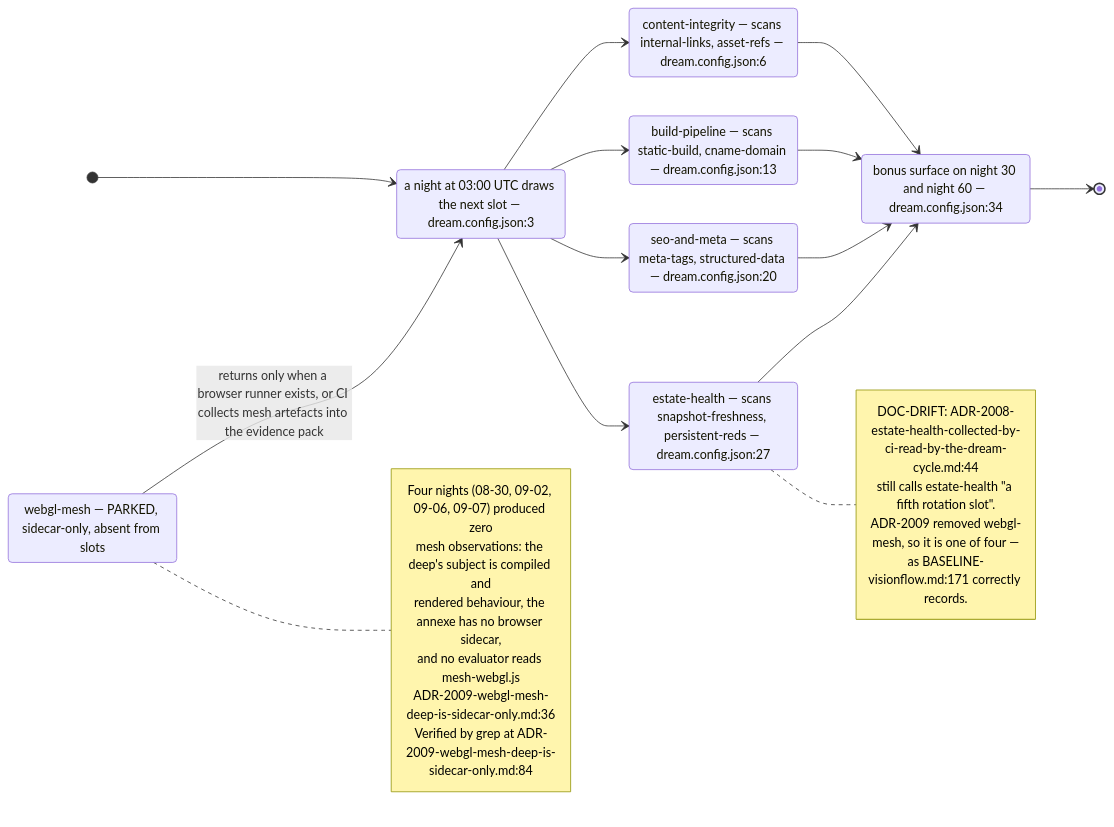
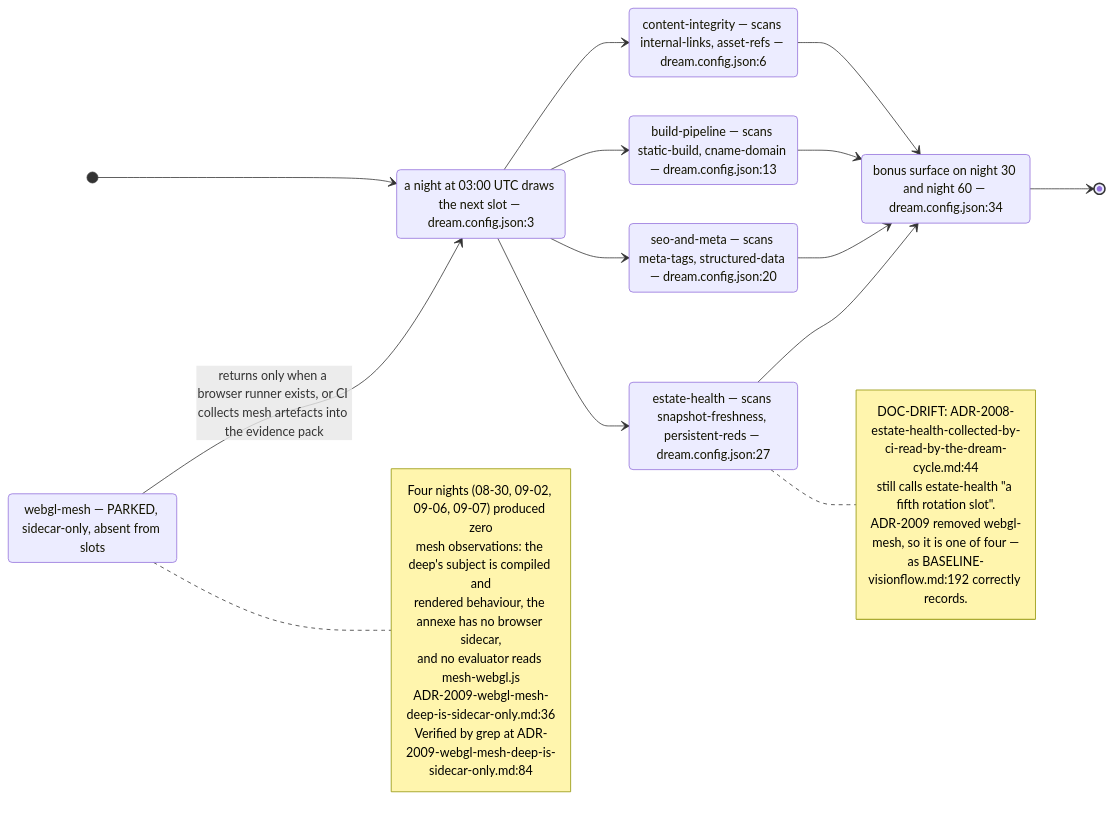
One commit to DreamLab-AI/VisionFlow changed the second of 9 diagrams in docs/diagrams/visionflow/04-dream-cycle-integration.md. Above: the diagram before and after it, drawn with Mermaid. The commit also changed other lines of this file and 80 other files, not shown here.

First line of the commit message:
docs(diagrams): re-verify the agentbox, dreamlab, estate and visionflow corpus against current sources

````diff
--- a/docs/diagrams/visionflow/04-dream-cycle-integration.md
+++ b/docs/diagrams/visionflow/04-dream-cycle-integration.md
@@ -55,36 +55,36 @@
 ```mermaid
 stateDiagram-v2
     direction LR
     [*] --> Night
     state "a night at 03:00 UTC draws the next slot — dream.config.json:3" as Night
     Night --> CI
     Night --> BP
     Night --> SEO
     Night --> EH
     state "content-integrity — scans internal-links, asset-refs — dream.config.json:6" as CI
     state "build-pipeline — scans static-build, cname-domain — dream.config.json:13" as BP
     state "seo-and-meta — scans meta-tags, structured-data — dream.config.json:20" as SEO
     state "estate-health — scans snapshot-freshness, persistent-reds — dream.config.json:27" as EH
     CI --> Bonus
     BP --> Bonus
     SEO --> Bonus
     EH --> Bonus
     state "bonus surface on night 30 and night 60 — dream.config.json:34" as Bonus
     Bonus --> [*]
     state "webgl-mesh — PARKED, sidecar-only, absent from slots" as Parked
     Parked --> Night : returns only when a browser runner exists, or CI collects mesh artefacts into the evidence pack
     note right of Parked
       Four nights (08-30, 09-02, 09-06, 09-07) produced zero
       mesh observations: the deep's subject is compiled and
       rendered behaviour, the annexe has no browser sidecar,
       and no evaluator reads mesh-webgl.js
       ADR-2009-webgl-mesh-deep-is-sidecar-only.md:36
       Verified by grep at ADR-2009-webgl-mesh-deep-is-sidecar-only.md:84
     end note
     note right of EH
       DOC-DRIFT: ADR-2008-estate-health-collected-by-ci-read-by-the-dream-cycle.md:44
       still calls estate-health "a fifth rotation slot".
       ADR-2009 removed webgl-mesh, so it is one of four —
-      as BASELINE-visionflow.md:171 correctly records.
+      as BASELINE-visionflow.md:192 correctly records.
     end note
 ```
````
